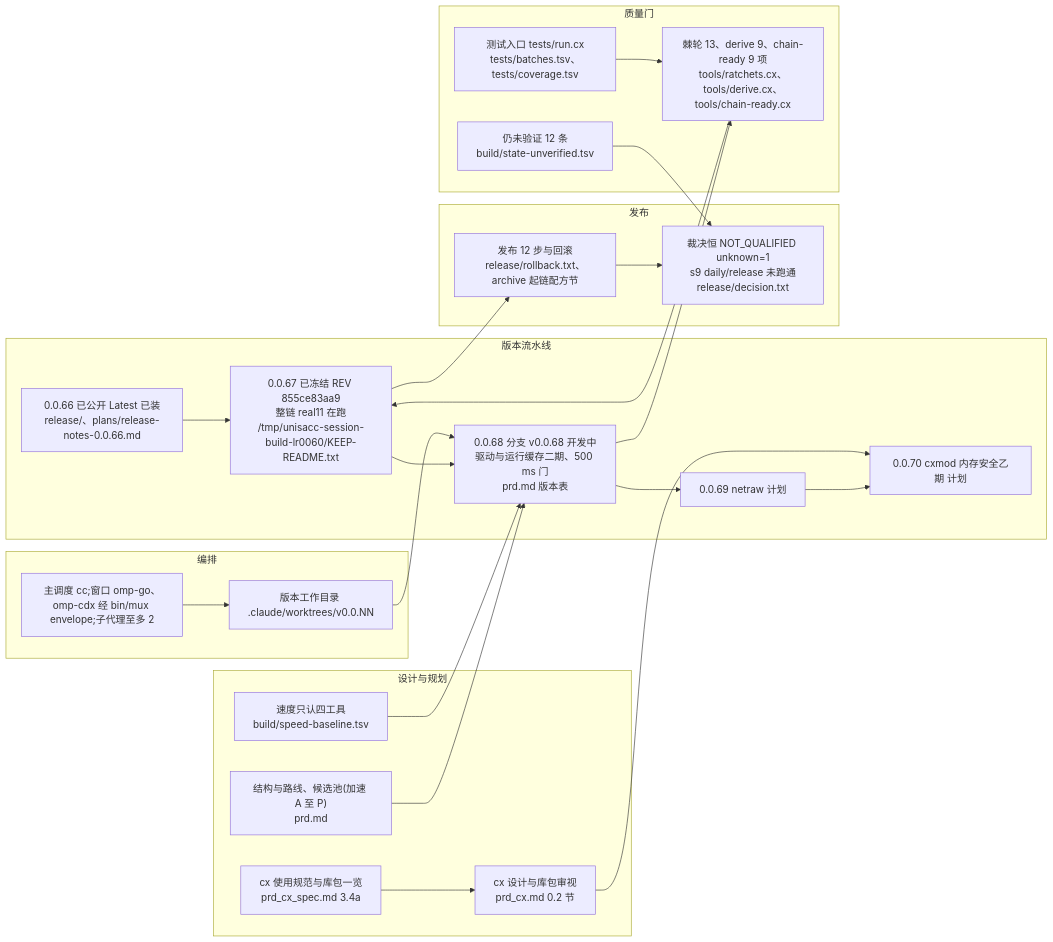
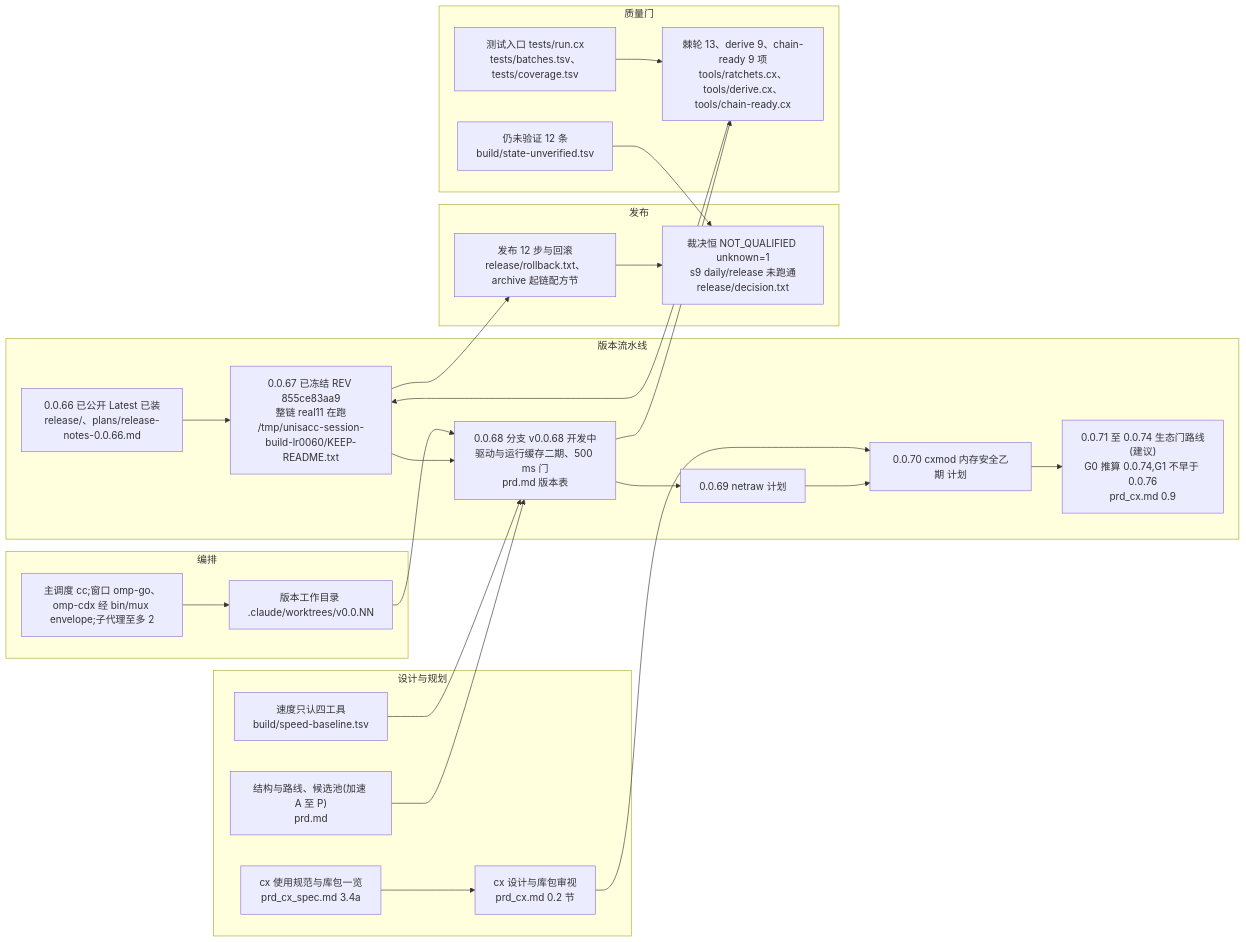
One commit to partnernetsoftware/unisacc changed the diagram in prd_mempalace.md. Above: the diagram before and after it, drawn with Mermaid. The commit also changed 3 other files, not shown here.

Commit message:
cx 生态规划:prd_cx.md 新增 0.9 节(四环 K/S/X/A、外部包最小设计、门槛 T1 至 T13、G0/G1);prd.md 版本表加 0.0.71 至 0.0.74 建议行与候选池条;版本序加建议行;地图加生态节点;11.3 改为锁文件取

````diff
--- a/prd_mempalace.md
+++ b/prd_mempalace.md
@@ -15,40 +15,41 @@
 ```mermaid
 flowchart LR
   subgraph 版本流水线
     V66["0.0.66 已公开 Latest 已装<br/>release/、plans/release-notes-0.0.66.md"]
     V67["0.0.67 已冻结 REV 855ce83aa9<br/>整链 real11 在跑<br/>/tmp/unisacc-session-build-lr0060/KEEP-README.txt"]
     V68["0.0.68 分支 v0.0.68 开发中<br/>驱动与运行缓存二期、500 ms 门<br/>prd.md 版本表"]
     V69["0.0.69 netraw 计划"]
     V70["0.0.70 cxmod 内存安全乙期 计划"]
-    V66 --> V67 --> V68 --> V69 --> V70
+    ECO["0.0.71 至 0.0.74 生态门路线(建议)<br/>G0 推算 0.0.74,G1 不早于 0.0.76<br/>prd_cx.md 0.9"]
+    V66 --> V67 --> V68 --> V69 --> V70 --> ECO
   end
   subgraph 发布
     REL["发布 12 步与回滚<br/>release/rollback.txt、archive 起链配方节"]
     Q["裁决恒 NOT_QUALIFIED unknown=1<br/>s9 daily/release 未跑通<br/>release/decision.txt"]
   end
   subgraph 质量门
     GATE["棘轮 13、derive 9、chain-ready 9 项<br/>tools/ratchets.cx、tools/derive.cx、tools/chain-ready.cx"]
     TEST["测试入口 tests/run.cx<br/>tests/batches.tsv、tests/coverage.tsv"]
     UV["仍未验证 12 条<br/>build/state-unverified.tsv"]
   end
   subgraph 设计与规划
     PRD["结构与路线、候选池(加速 A 至 P)<br/>prd.md"]
     CX["cx 设计与库包审视<br/>prd_cx.md 0.2 节"]
     SPEC["cx 使用规范与库包一览<br/>prd_cx_spec.md 3.4a"]
     SPEED["速度只认四工具<br/>build/speed-baseline.tsv"]
   end
   subgraph 编排
     ORCH["主调度 cc;窗口 omp-go、omp-cdx 经 bin/mux envelope;子代理至多 2"]
     WT["版本工作目录 .claude/worktrees/v0.0.NN"]
   end
   V67 --> REL --> Q
   V68 --> GATE
   GATE --> V67
   TEST --> GATE
   UV --> Q
   PRD --> V68
   CX --> V70
   SPEC --> CX
   SPEED --> V68
   ORCH --> WT --> V68
 ```
````
